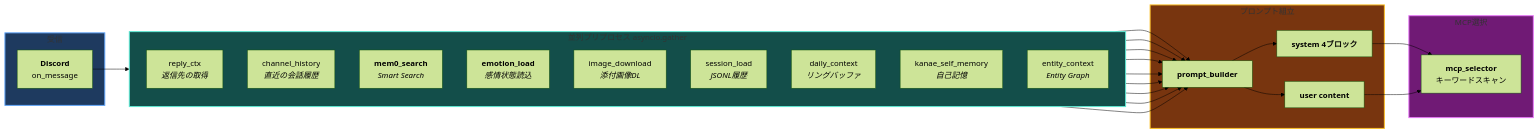
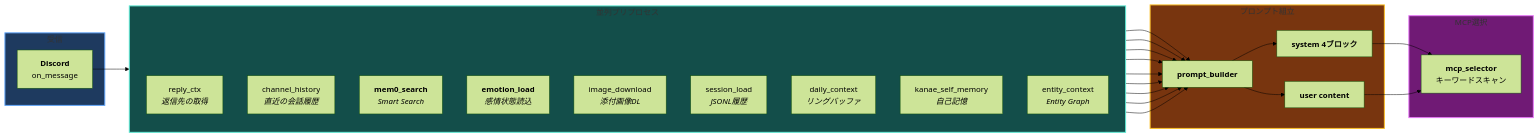
Before and after one commit to haroin57/haroin57.com: the second of 6 diagrams in content/products/discord-bot.md, drawn with Mermaid (forest theme).

Commit message:
fix: Layer 2のsubgraphタイトル重なりを修正
asyncio.gatherをタイトルから除去し、隠しスペーサーノードで
タイトルとT1ノードの間にスペースを確保。

````diff
--- a/content/products/discord-bot.md
+++ b/content/products/discord-bot.md
@@ -578,51 +578,54 @@
 ```mermaid
 flowchart LR
     subgraph Receive["受信"]
         MSG["`**Discord**
         on_message`"]
     end
 
-    subgraph Parallel["並列プリプロセス asyncio.gather"]
+    subgraph Parallel["並列プリプロセス"]
         direction TB
+        SPACER[" "]:::hidden
         T1["`reply_ctx
         *返信先の取得*`"]
         T2["`channel_history
         *直近の会話履歴*`"]
         T3["`**mem0_search**
         *Smart Search*`"]
         T4["`**emotion_load**
         *感情状態読込*`"]
         T5["`image_download
         *添付画像DL*`"]
         T6["`session_load
         *JSONL履歴*`"]
         T7["`daily_context
         *リングバッファ*`"]
         T8["`kanae_self_memory
         *自己記憶*`"]
         T9["`entity_context
         *Entity Graph*`"]
     end
 
     subgraph Build["プロンプト組立"]
         PB["`**prompt_builder**`"]
         SYS["`**system 4ブロック**`"]
         USER["`**user content**`"]
     end
 
     subgraph Select["MCP選択"]
         MCPS["`**mcp_selector**
         キーワードスキャン`"]
     end
 
+    classDef hidden fill:none,stroke:none,color:transparent
     MSG --> Parallel
+    SPACER ~~~ T1
     T1 & T2 & T3 & T4 & T5 & T6 & T7 & T8 & T9 --> PB
     PB --> SYS
     PB --> USER
     SYS & USER --> MCPS
 
     style Receive fill:#1e3a5f,stroke:#60a5fa,stroke-width:2px
     style Parallel fill:#134e4a,stroke:#5eead4,stroke-width:2px
     style Build fill:#78350f,stroke:#fbbf24,stroke-width:2px
     style Select fill:#701a75,stroke:#e879f9,stroke-width:2px
 ```
````
